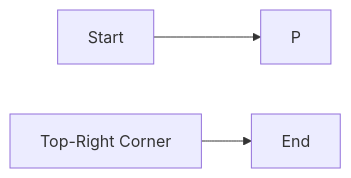
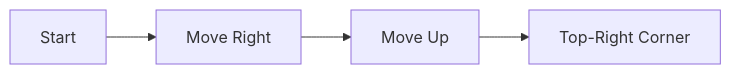
The diagram in frontend/public/assets/gate/ee/general-aptitude/spatial-aptitude.md (imxade/dontCompete), drawn with Mermaid before and after one commit. The commit also changed other lines of this file and 4395 other files, not shown here.

````diff
--- a/frontend/public/assets/gate/ee/general-aptitude/spatial-aptitude.md
+++ b/frontend/public/assets/gate/ee/general-aptitude/spatial-aptitude.md
@@ -64,5 +24,6 @@
 ```mermaid
 graph LR
-    A[Start] --> B[P]
-    C[Top-Right Corner] --> D[End]
+A[Start] --> B[Move Right]
+B --> C[Move Up]
+C --> D[Top-Right Corner]
 ```
````
